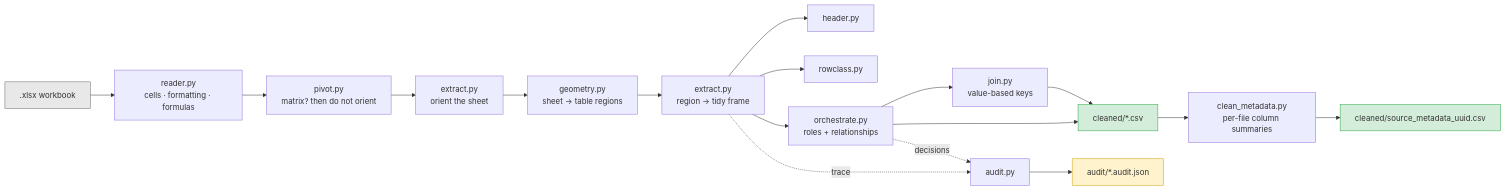
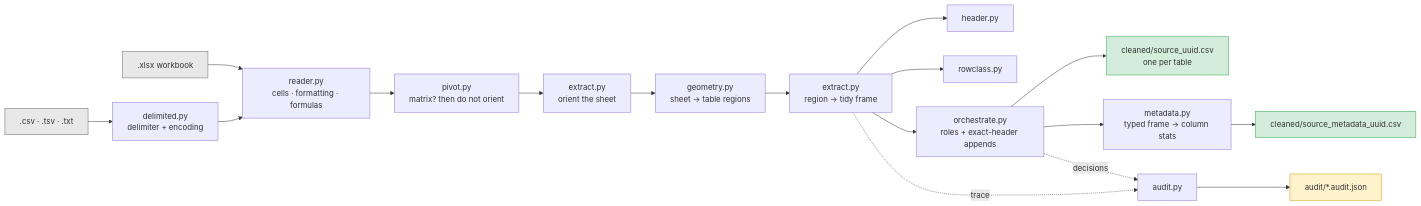
One commit to rahul-neogi-exavalu/Dirty_excel_cleaner changed the first of 3 diagrams in ARCHITECTURE.md. Above: the diagram before and after it, drawn with Mermaid. The commit also changed other lines of this file and 18 other files, not shown here.

````diff
--- a/ARCHITECTURE.md
+++ b/ARCHITECTURE.md
@@ -28,24 +28,25 @@
 ```mermaid
 flowchart LR
     XLSX[".xlsx workbook"] --> R["reader.py<br/>cells · formatting · formulas"]
+    DLM[".csv · .tsv · .txt"] --> D["delimited.py<br/>delimiter + encoding"]
+    D --> R
     R --> P["pivot.py<br/>matrix? then do not orient"]
     P --> O1["extract.py<br/>orient the sheet"]
     O1 --> G["geometry.py<br/>sheet → table regions"]
     G --> E["extract.py<br/>region → tidy frame"]
     E --> H["header.py"]
     E --> RC["rowclass.py"]
-    E --> ORC["orchestrate.py<br/>roles + relationships"]
-    ORC --> J["join.py<br/>value-based keys"]
-    ORC --> CSV["cleaned/*.csv"]
-    J --> CSV
-    CSV --> META["clean_metadata.py<br/>per-file column summaries"]
+    E --> ORC["orchestrate.py<br/>roles + exact-header appends"]
+    ORC --> CSV["cleaned/source_uuid.csv<br/>one per table"]
+    ORC --> META["metadata.py<br/>typed frame → column stats"]
     META --> MCsv["cleaned/source_metadata_uuid.csv"]
     E -. trace .-> A["audit.py"]
     ORC -. decisions .-> A
     A --> JSON["audit/*.audit.json"]
 
     style XLSX fill:#e8e8e8,stroke:#666
+    style DLM fill:#e8e8e8,stroke:#666
     style CSV fill:#d4edda,stroke:#28a745
     style MCsv fill:#d4edda,stroke:#28a745
     style JSON fill:#fff3cd,stroke:#d39e00
 ```
````
